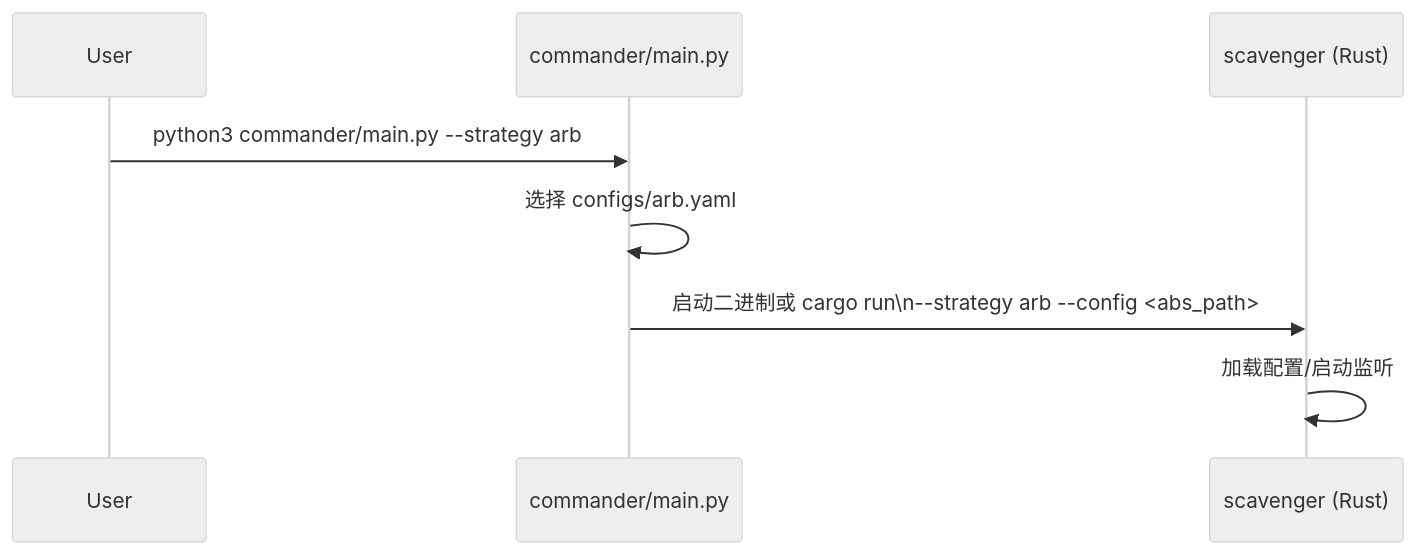
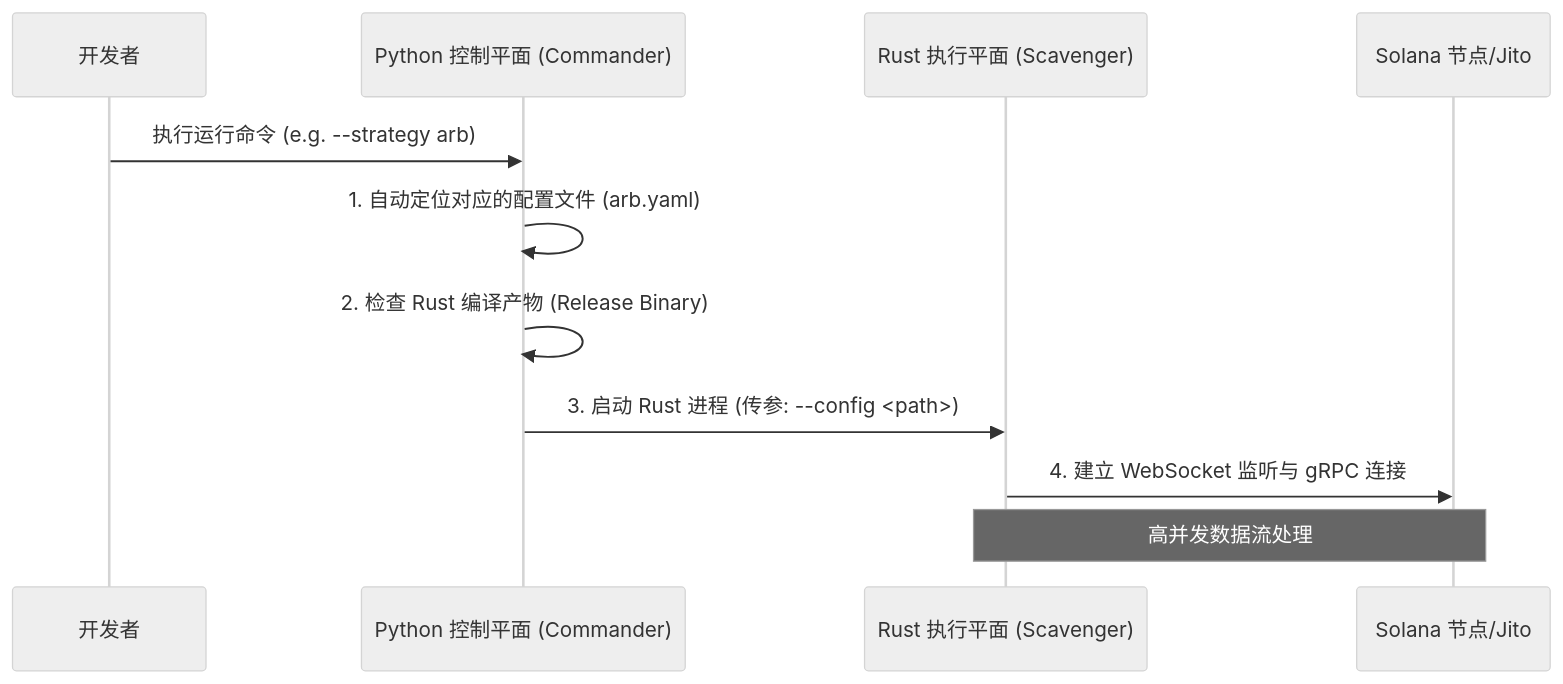
The diagram in doc/blog/ControlPlane_策略调度与配置.md (levizwang/Solana-MEV), drawn with Mermaid (neutral theme) before and after one commit. The commit also changed other lines of this file and 3 other files, not shown here.

````diff
--- a/doc/blog/ControlPlane_策略调度与配置.md
+++ b/doc/blog/ControlPlane_策略调度与配置.md
@@ -27,10 +32,14 @@
 ```mermaid
 sequenceDiagram
-  participant User
-  participant Py as commander/main.py
-  participant Rs as scavenger (Rust)
-  User->>Py: python3 commander/main.py --strategy arb
-  Py->>Py: 选择 configs/arb.yaml
-  Py->>Rs: 启动二进制或 cargo run\n--strategy arb --config <abs_path>
-  Rs->>Rs: 加载配置/启动监听
+  participant Dev as 开发者
+  participant CP as Python 控制平面 (Commander)
+  participant RS as Rust 执行平面 (Scavenger)
+  participant Node as Solana 节点/Jito
+
+  Dev->>CP: 执行运行命令 (e.g. --strategy arb)
+  CP->>CP: 1. 自动定位对应的配置文件 (arb.yaml)
+  CP->>CP: 2. 检查 Rust 编译产物 (Release Binary)
+  CP->>RS: 3. 启动 Rust 进程 (传参: --config <path>)
+  RS->>Node: 4. 建立 WebSocket 监听与 gRPC 连接
+  Note over RS,Node: 高并发数据流处理
 ```
````
